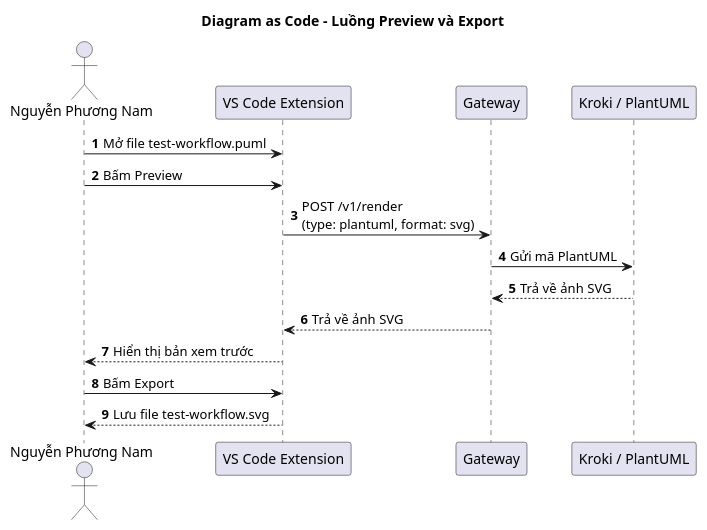
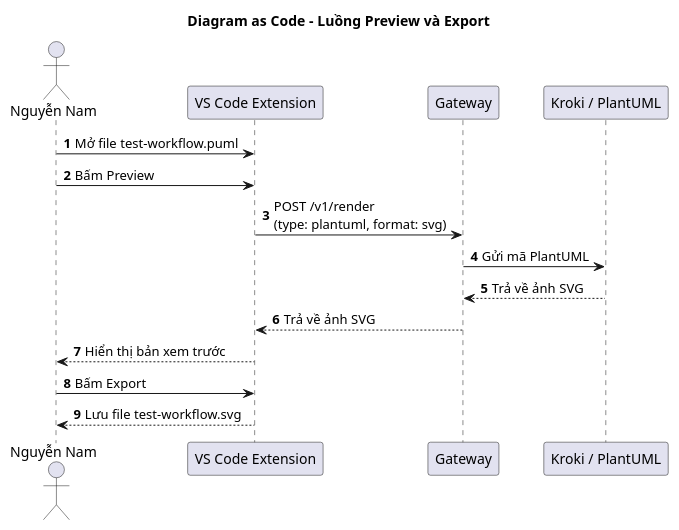
Before and after one commit to PhuongNam2106/upgrade-diagram-as-code: the diagram in docs/diagrams/test-workflow.puml, drawn with PlantUML. The commit also changed 1 other file, not shown here.

Commit message:
export change diagram

```diff
--- a/docs/diagrams/test-workflow.puml
+++ b/docs/diagrams/test-workflow.puml
@@ -1,22 +1,22 @@
 @startuml
 title Diagram as Code - Luồng Preview và Export
 
 autonumber
 
-actor "Nguyễn Phương Nam" as User
+actor "Nguyễn Nam" as User
 participant "VS Code Extension" as Extension
 participant "Gateway" as Gateway
 participant "Kroki / PlantUML" as Renderer
 
 User -> Extension: Mở file test-workflow.puml
 User -> Extension: Bấm Preview
 Extension -> Gateway: POST /v1/render\n(type: plantuml, format: svg)
 Gateway -> Renderer: Gửi mã PlantUML
 Renderer --> Gateway: Trả về ảnh SVG
 Gateway --> Extension: Trả về ảnh SVG
 Extension --> User: Hiển thị bản xem trước
 
 User -> Extension: Bấm Export
 Extension --> User: Lưu file test-workflow.svg
 
 @enduml
```
